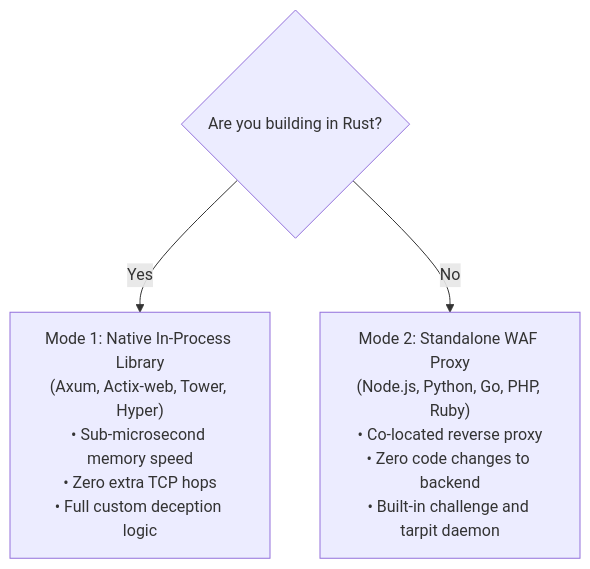
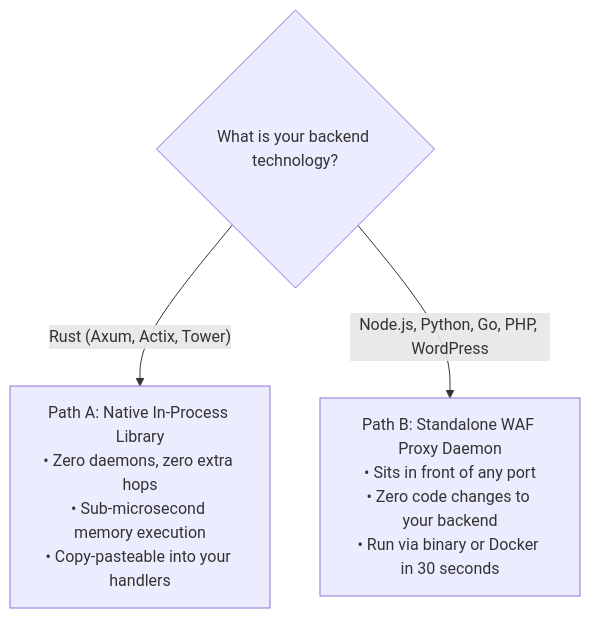
Before and after one commit to xuoxod/phylax: the diagram in docs/04_INTEGRATION_AND_FRAMEWORK_GUIDE.md, drawn with Mermaid. The commit also changed other lines of this file, not shown here.

Commit message:
docs: add foolproof 60-second copy-paste setup guide, HTML honeypot recipe, and self-service FAQ

````diff
--- a/docs/04_INTEGRATION_AND_FRAMEWORK_GUIDE.md
+++ b/docs/04_INTEGRATION_AND_FRAMEWORK_GUIDE.md
@@ -12,6 +12,6 @@
 ```mermaid
 flowchart TD
-    DECISION{"Are you building in Rust?"}
-    DECISION -- Yes --> NATIVE["Mode 1: Native In-Process Library<br/>(Axum, Actix-web, Tower, Hyper)<br/>• Sub-microsecond memory speed<br/>• Zero extra TCP hops<br/>• Full custom deception logic"]
-    DECISION -- No --> PROXY["Mode 2: Standalone WAF Proxy<br/>(Node.js, Python, Go, PHP, Ruby)<br/>• Co-located reverse proxy<br/>• Zero code changes to backend<br/>• Built-in challenge and tarpit daemon"]
+    START{"What is your backend technology?"}
+    START -- "Rust (Axum, Actix, Tower)" --> RUST["Path A: Native In-Process Library<br/>• Zero daemons, zero extra hops<br/>• Sub-microsecond memory execution<br/>• Copy-pasteable into your handlers"]
+    START -- "Node.js, Python, Go, PHP, WordPress" --> PROXY["Path B: Standalone WAF Proxy Daemon<br/>• Sits in front of any port<br/>• Zero code changes to your backend<br/>• Run via binary or Docker in 30 seconds"]
 ```
````
